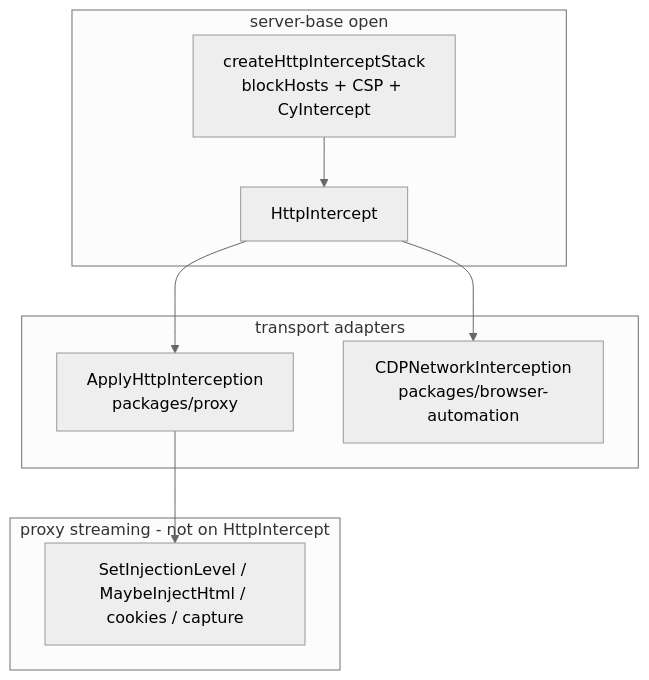
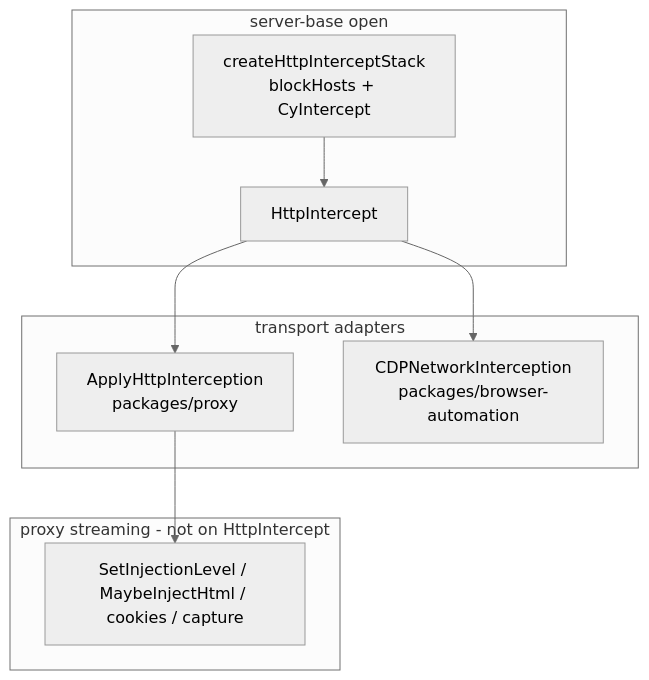
The diagram in packages/network-interception/README.md (cypress-io/cypress), drawn with Mermaid (neutral theme) before and after one commit. The commit also changed other lines of this file and 7 other files, not shown here.

````diff
--- a/packages/network-interception/README.md
+++ b/packages/network-interception/README.md
@@ -59,17 +59,17 @@
 ```mermaid
 flowchart TB
   subgraph compositionRoot["server-base open"]
-    STACK["createHttpInterceptStack<br/>blockHosts + CSP + CyIntercept"]
+    STACK["createHttpInterceptStack<br/>blockHosts + CyIntercept"]
     STACK --> HI[HttpIntercept]
   end
   subgraph transportLayer["transport adapters"]
     MITM["ApplyHttpInterception<br/>packages/proxy"]
     FETCH["CDPNetworkInterception<br/>packages/browser-automation"]
   end
   subgraph proxyStreaming["proxy streaming - not on HttpIntercept"]
     STREAM["SetInjectionLevel / MaybeInjectHtml / cookies / capture"]
   end
   HI --> MITM
   HI --> FETCH
   MITM --> STREAM
 ```
````
